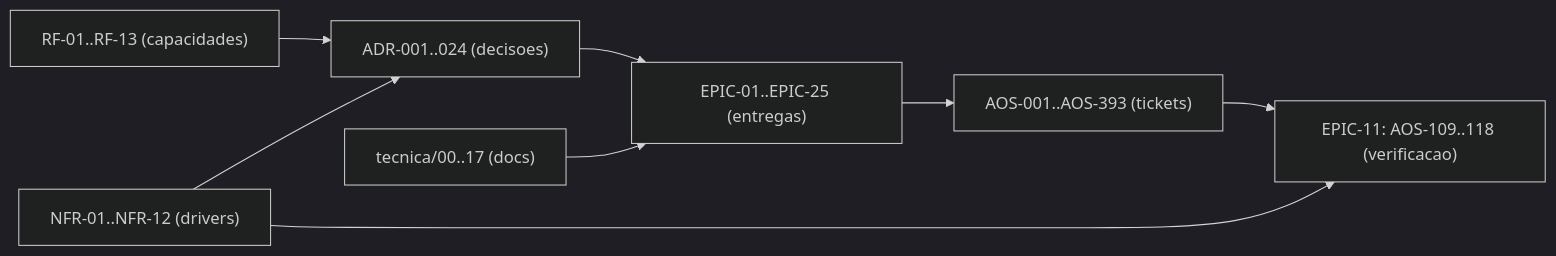
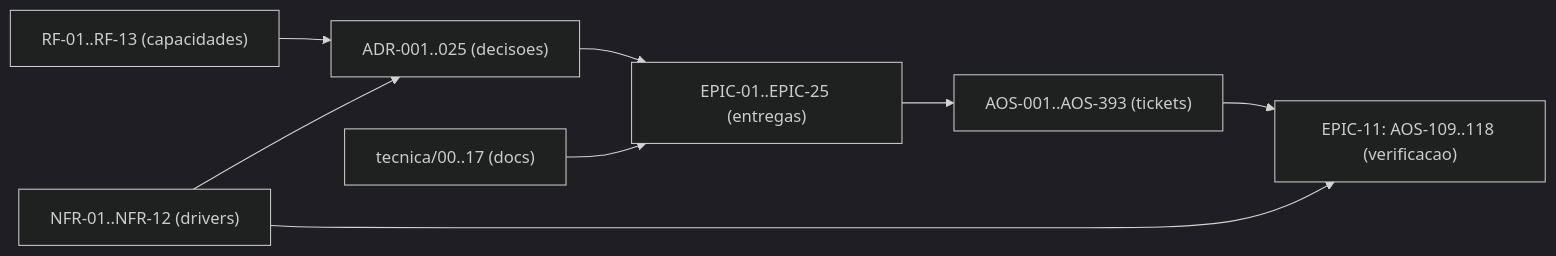
Before and after one commit to albinoJimy/aos: the diagram in tecnica/16_Rastreabilidade_RTM.md, drawn with Mermaid (dark theme). The commit also changed other lines of this file and 22 other files, not shown here.

````diff
--- a/tecnica/16_Rastreabilidade_RTM.md
+++ b/tecnica/16_Rastreabilidade_RTM.md
@@ -181,10 +183,10 @@
 ```mermaid
 flowchart LR
-    RF["RF-01..RF-13 (capacidades)"] --> ADR["ADR-001..024 (decisoes)"]
+    RF["RF-01..RF-13 (capacidades)"] --> ADR["ADR-001..025 (decisoes)"]
     NFR["NFR-01..NFR-12 (drivers)"] --> ADR
     ADR --> EPIC["EPIC-01..EPIC-25 (entregas)"]
     EPIC --> TICK["AOS-001..AOS-393 (tickets)"]
     DOC["tecnica/00..17 (docs)"] --> EPIC
     TICK --> TEST["EPIC-11: AOS-109..118 (verificacao)"]
     NFR --> TEST
 ```
````
